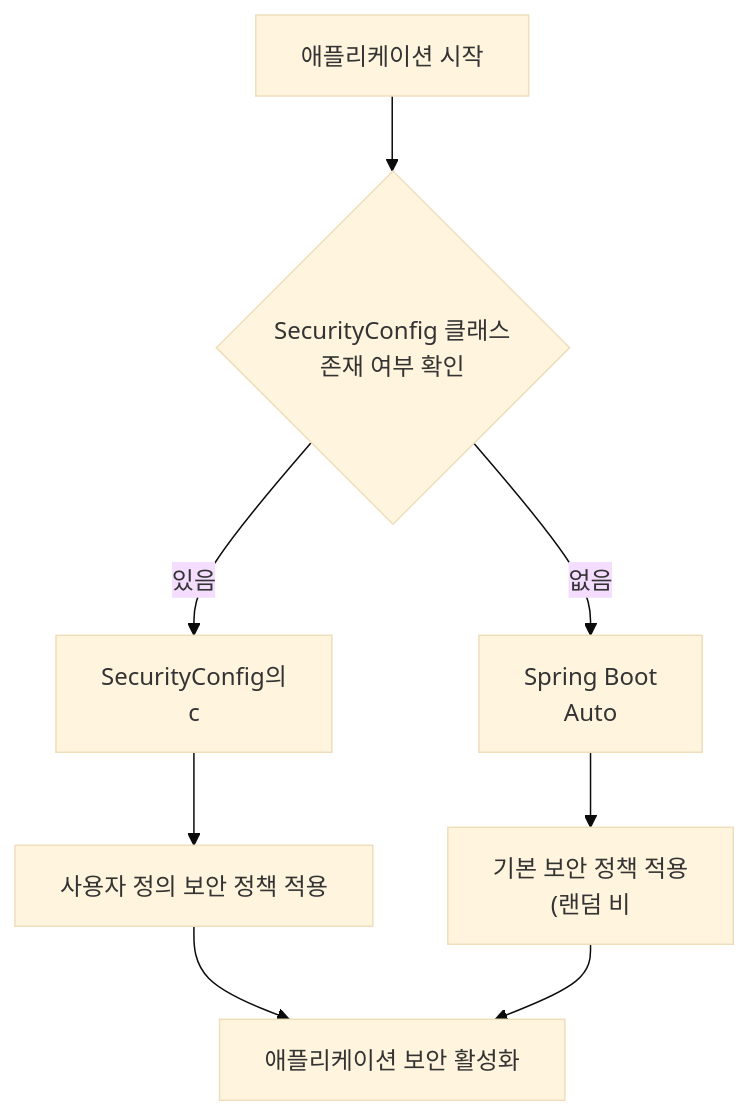
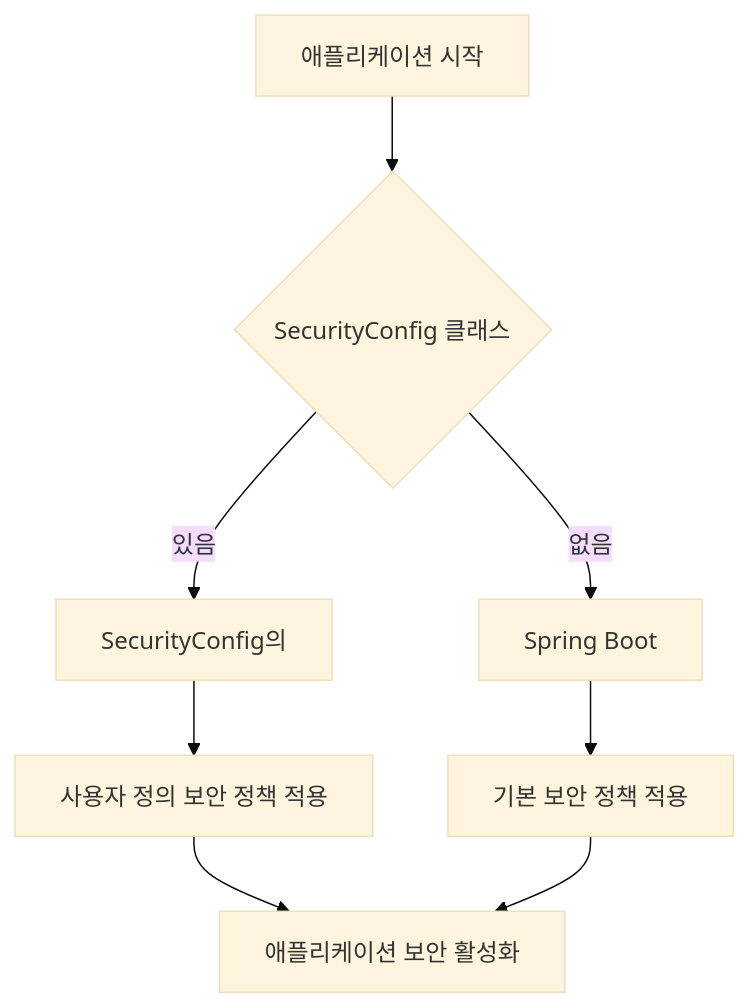
The diagram in _posts/security/2021-01-11-사용자 정의 보완 기능 구현.md (yjkim2015/yjkim2015.github.io), drawn with Mermaid (base theme) before and after one commit. The commit also changed 217 other files, not shown here.

First line of the commit message:
Mermaid 크기 수정: useMaxWidth:true + SVG max-width:100% + 라벨 축소

````diff
--- a/_posts/security/2021-01-11-사용자 정의 보완 기능 구현.md
+++ b/_posts/security/2021-01-11-사용자 정의 보완 기능 구현.md
@@ -81,10 +81,10 @@
 ```mermaid
 flowchart TD
-    A["애플리케이션 시작"] --> B{"SecurityConfig 클래스\n존재 여부 확인"}
-    B -- "있음" --> C["SecurityConfig의\nc"]
-    B -- "없음" --> D["Spring Boot\nAuto"]
+    A["애플리케이션 시작"] --> B{"SecurityConfig 클래스"}
+    B -- "있음" --> C["SecurityConfig의"]
+    B -- "없음" --> D["Spring Boot"]
     C --> E["사용자 정의 보안 정책 적용"]
-    D --> F["기본 보안 정책 적용\n(랜덤 비"]
+    D --> F["기본 보안 정책 적용"]
     E --> G["애플리케이션 보안 활성화"]
     F --> G
 ```
````
